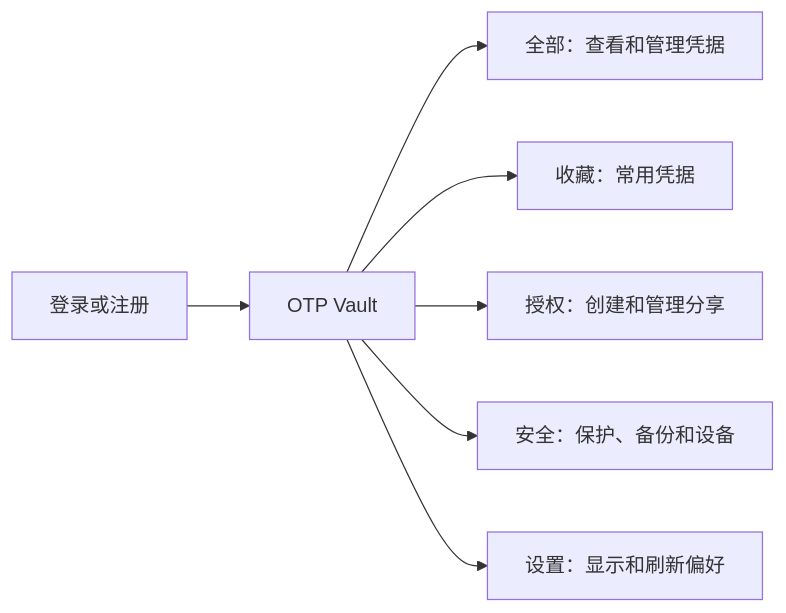
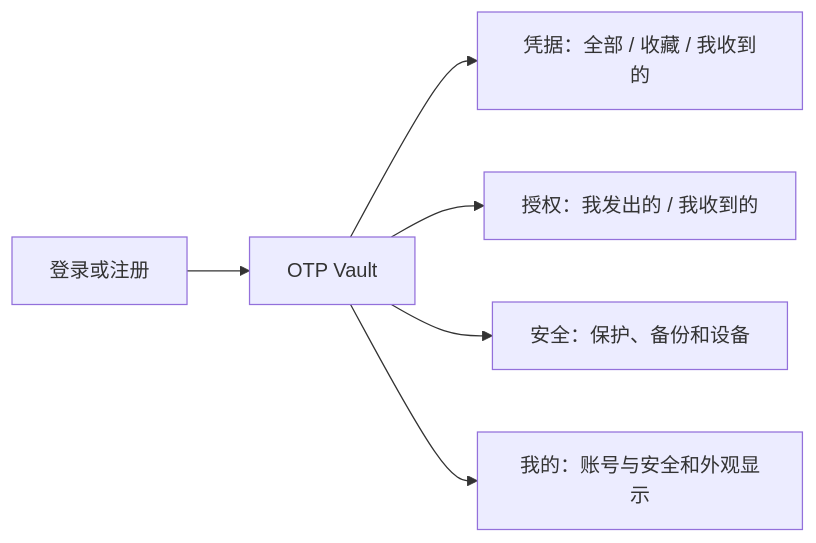
Before and after one commit to serein-morii/xb-h5: the first of 4 diagrams in docs/otp-vault-user-guide.md, drawn with Mermaid. The commit also changed other lines of this file and 7 other files, not shown here.

First line of the commit message:
feat(otp): add changelog timeline and vault version

````diff
--- a/docs/otp-vault-user-guide.md
+++ b/docs/otp-vault-user-guide.md
@@ -11,9 +11,8 @@
 ```mermaid
 flowchart LR
     Login["登录或注册"] --> Vault["OTP Vault"]
-    Vault --> All["全部：查看和管理凭据"]
-    Vault --> Favorite["收藏：常用凭据"]
-    Vault --> Share["授权：创建和管理分享"]
+    Vault --> All["凭据：全部 / 收藏 / 我收到的"]
+    Vault --> Share["授权：我发出的 / 我收到的"]
     Vault --> Security["安全：保护、备份和设备"]
-    Vault --> Settings["设置：显示和刷新偏好"]
+    Vault --> Settings["我的：账号与安全和外观显示"]
 ```
````
